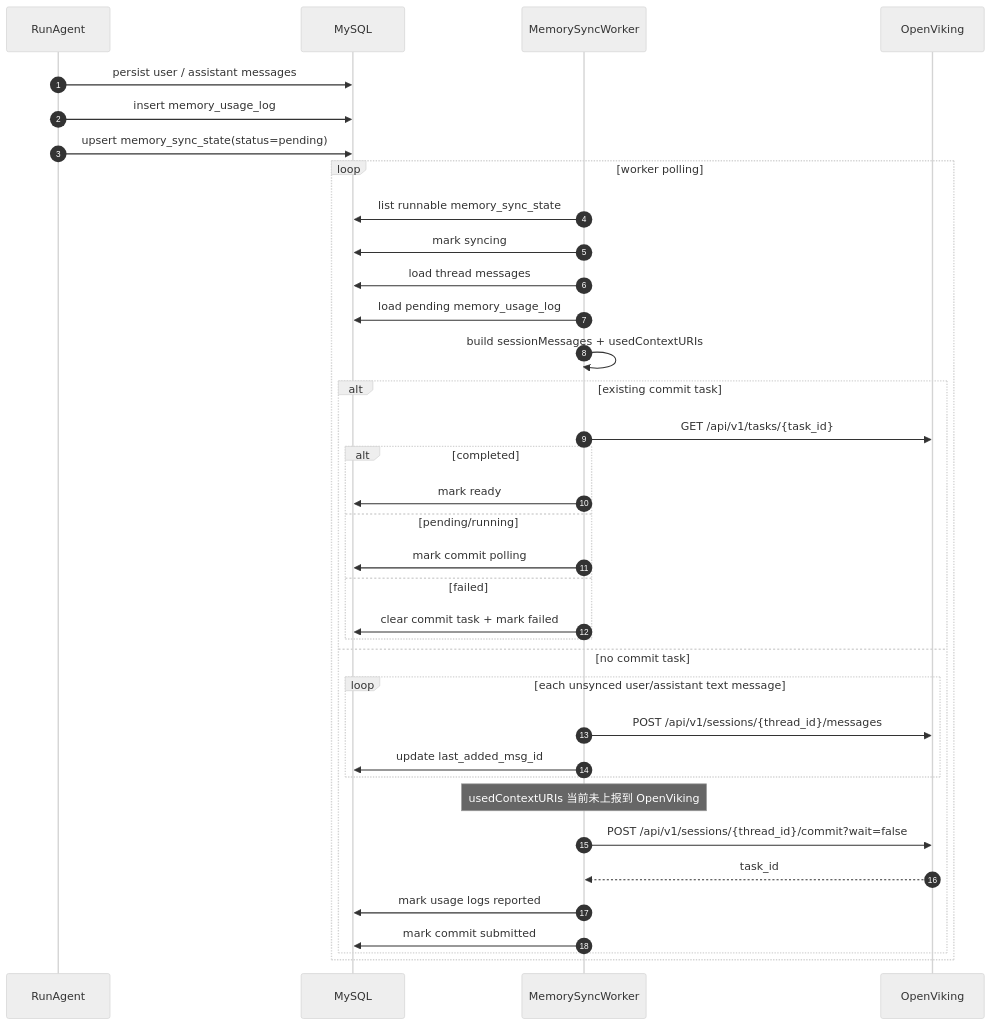
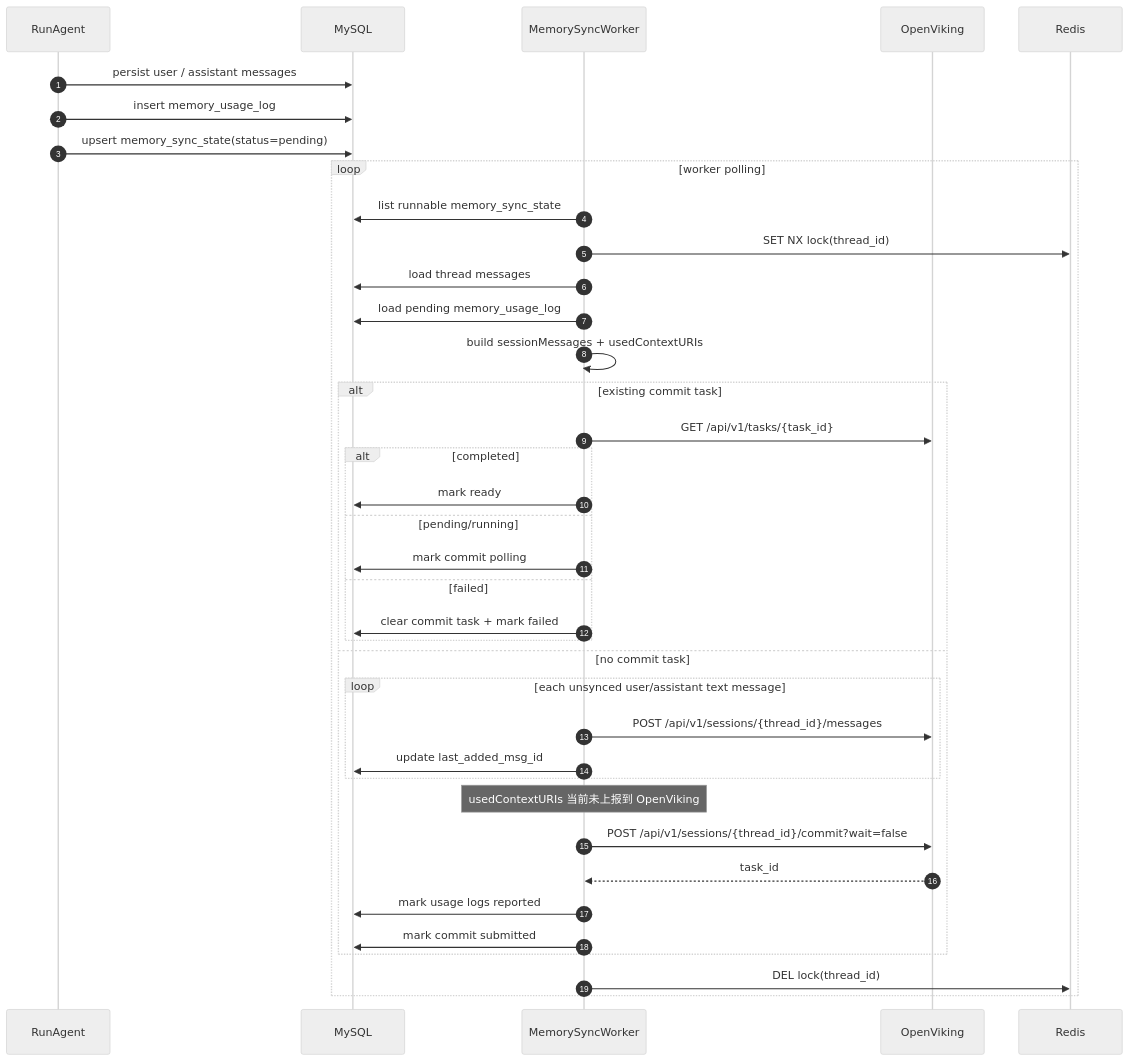
One commit to yzxcxy/openlntern changed the second of 2 diagrams in 开发文档/3.13链路梳理/长期记忆链路梳理.md. Above: the diagram before and after it, drawn with Mermaid (neutral theme). The commit also changed other lines of this file and 12 other files, not shown here.

````diff
--- a/开发文档/3.13链路梳理/长期记忆链路梳理.md
+++ b/开发文档/3.13链路梳理/长期记忆链路梳理.md
@@ -278,38 +279,39 @@
 ```mermaid
 sequenceDiagram
 autonumber
 participant Run as RunAgent
 participant DB as MySQL
 participant W as MemorySyncWorker
 participant OV as OpenViking
 Run->>DB: persist user / assistant messages
 Run->>DB: insert memory_usage_log
 Run->>DB: upsert memory_sync_state(status=pending)
 loop worker polling
 W->>DB: list runnable memory_sync_state
-W->>DB: mark syncing
+W->>Redis: SET NX lock(thread_id)
 W->>DB: load thread messages
 W->>DB: load pending memory_usage_log
 W->>W: build sessionMessages + usedContextURIs
 alt existing commit task
 W->>OV: GET /api/v1/tasks/{task_id}
 alt completed
 W->>DB: mark ready
 else pending/running
 W->>DB: mark commit polling
 else failed
 W->>DB: clear commit task + mark failed
 end
 else no commit task
 loop each unsynced user/assistant text message
 W->>OV: POST /api/v1/sessions/{thread_id}/messages
 W->>DB: update last_added_msg_id
 end
 Note over W: usedContextURIs 当前未上报到 OpenViking
 W->>OV: POST /api/v1/sessions/{thread_id}/commit?wait=false
 OV-->>W: task_id
 W->>DB: mark usage logs reported
 W->>DB: mark commit submitted
 end
+W->>Redis: DEL lock(thread_id)
 end
 ```
````
